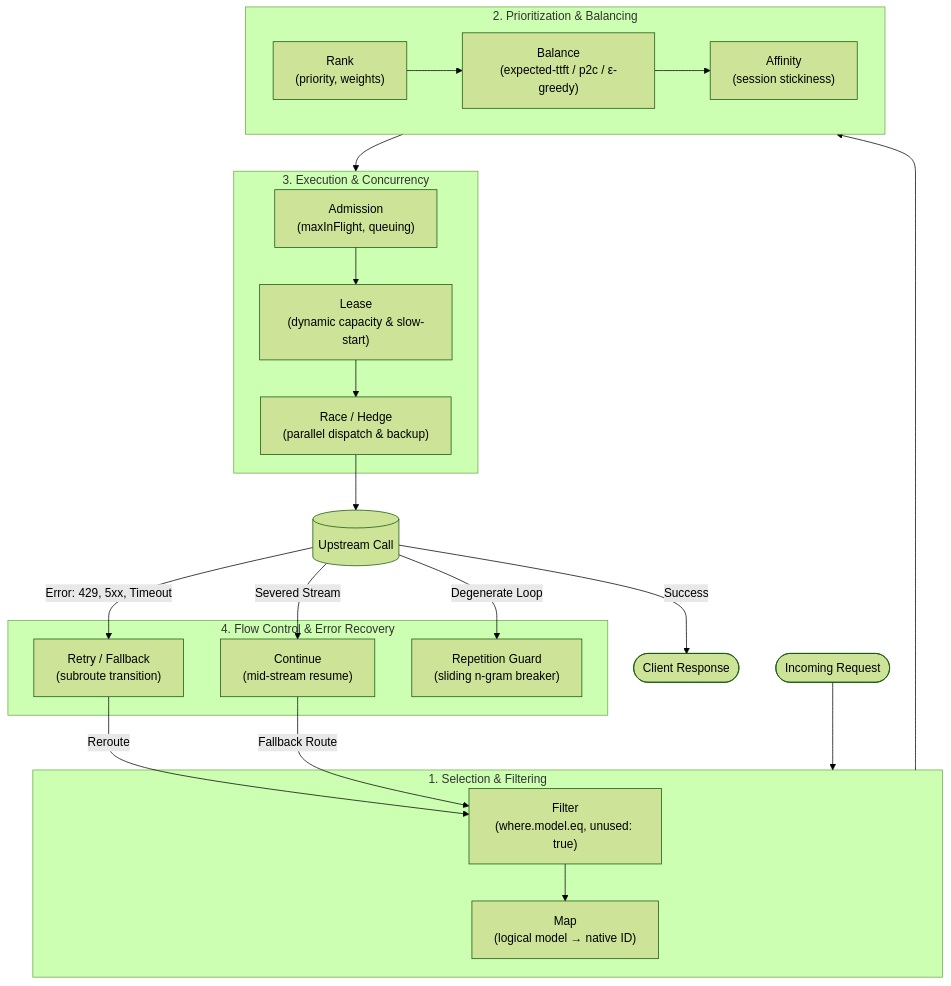
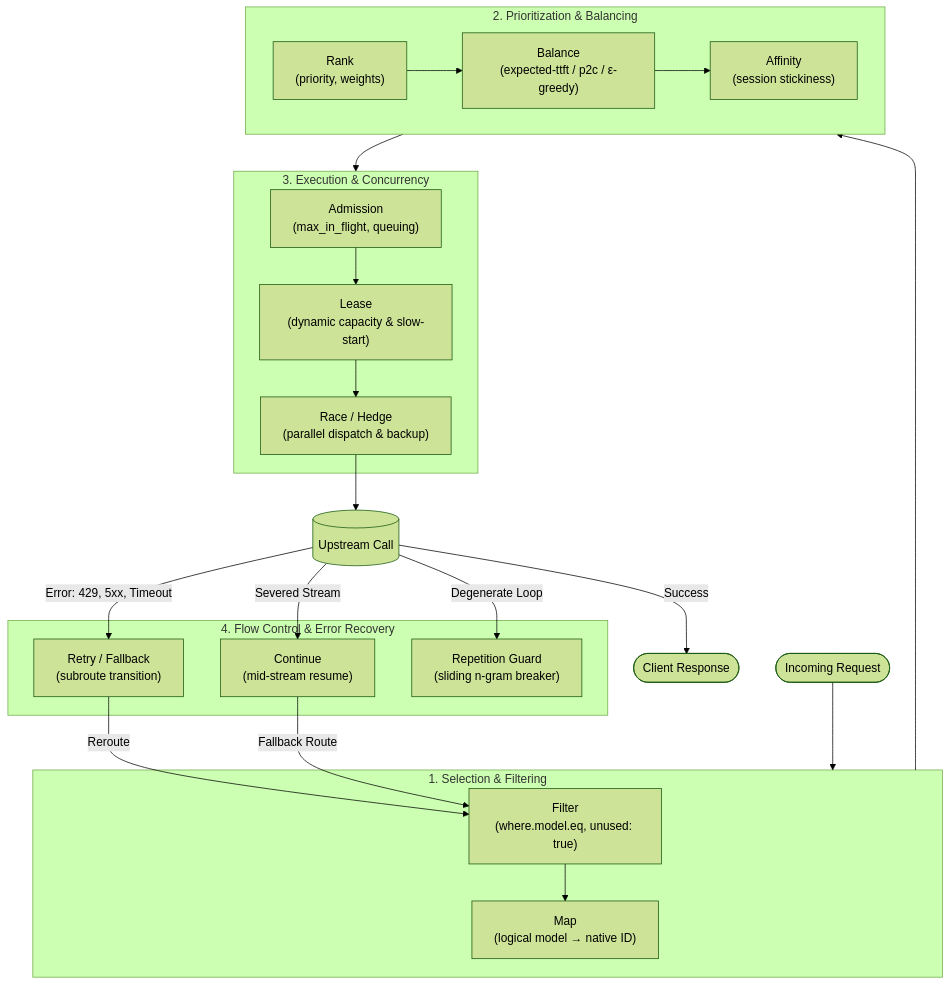
The second of 3 diagrams in ARCHITECTURE.md (mytecor/llm-gateway), drawn with Mermaid (forest theme) before and after one commit. The commit also changed other lines of this file and 77 other files, not shown here.

````diff
--- a/ARCHITECTURE.md
+++ b/ARCHITECTURE.md
@@ -130,42 +148,42 @@
 ```mermaid
 flowchart TD
     In([Incoming Request]) --> Stage1
 
     subgraph Stage1["1. Selection & Filtering"]
         Filter["Filter<br/>(where.model.eq, unused: true)"]
         Map["Map<br/>(logical model &rarr; native ID)"]
         Filter --> Map
     end
 
     subgraph Stage2["2. Prioritization & Balancing"]
         Rank["Rank<br/>(priority, weights)"]
         Balance["Balance<br/>(expected-ttft / p2c / &epsilon;-greedy)"]
         Affinity["Affinity<br/>(session stickiness)"]
         Rank --> Balance --> Affinity
     end
 
     subgraph Stage3["3. Execution & Concurrency"]
-        Admission["Admission<br/>(maxInFlight, queuing)"]
+        Admission["Admission<br/>(max_in_flight, queuing)"]
         Lease["Lease<br/>(dynamic capacity & slow-start)"]
         Race["Race / Hedge<br/>(parallel dispatch & backup)"]
         Admission --> Lease --> Race
     end
 
     Stage1 --> Stage2
     Stage2 --> Stage3
     Race --> Upstream[(Upstream Call)]
 
     subgraph Stage4["4. Flow Control & Error Recovery"]
         Retry["Retry / Fallback<br/>(subroute transition)"]
         Continue["Continue<br/>(mid-stream resume)"]
         Repetition["Repetition Guard<br/>(sliding n-gram breaker)"]
     end
 
     Upstream -->|Error: 429, 5xx, Timeout| Retry
     Upstream -->|Severed Stream| Continue
     Upstream -->|Degenerate Loop| Repetition
     Upstream -->|Success| Out([Client Response])
 
     Retry -->|Reroute| Filter
     Continue -->|Fallback Route| Filter
 ```
````
